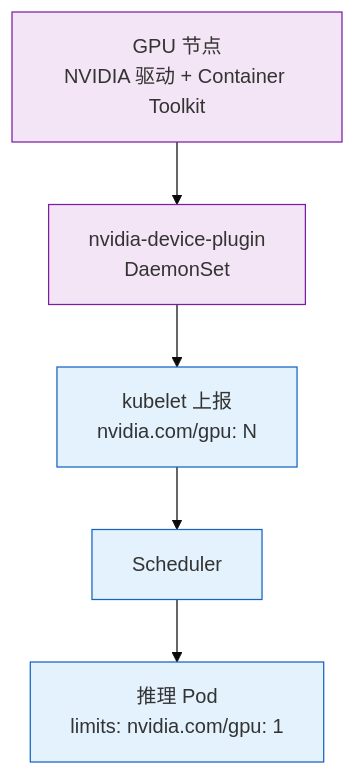
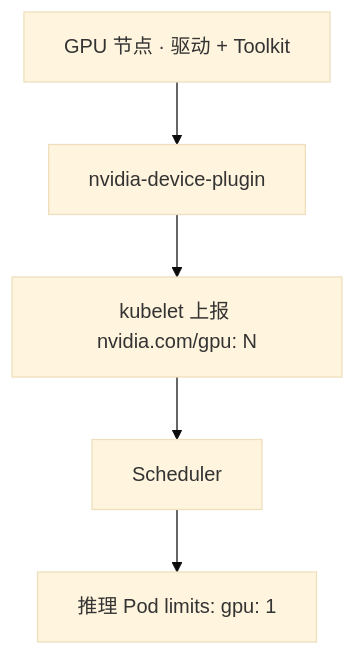
Before and after one commit to ml-cuizijun/LearnToLilith: the first of 5 diagrams in 09-AI与智能运维/08-GPU与推理服务运维/知识点.md, drawn with Mermaid. The commit also changed other lines of this file and 107 other files, not shown here.

````diff
--- a/09-AI与智能运维/08-GPU与推理服务运维/知识点.md
+++ b/09-AI与智能运维/08-GPU与推理服务运维/知识点.md
@@ -43,17 +83,11 @@
 ```mermaid
 %%{init: {"theme": "base", "flowchart": {"padding": 16}}}%%
 flowchart TB
-    classDef k8s fill:#e3f2fd,stroke:#1565c0
-    classDef gpu fill:#f3e5f5,stroke:#7b1fa2
-
-    NP["GPU 节点<br/>NVIDIA 驱动 + Container Toolkit"]
-    DP["nvidia-device-plugin<br/>DaemonSet"]
-    KUBE["kubelet 上报<br/>nvidia.com/gpu: N"]
+    NP["GPU 节点 · 驱动 + Toolkit"]
+    DP["nvidia-device-plugin"]
+    KUBE["kubelet 上报 nvidia.com/gpu: N"]
     SCH["Scheduler"]
-    POD["推理 Pod<br/>limits: nvidia.com/gpu: 1"]
+    POD["推理 Pod limits: gpu: 1"]
 
     NP --> DP --> KUBE --> SCH --> POD
-
-    class NP,DP gpu
-    class KUBE,SCH,POD k8s
 ```
````
